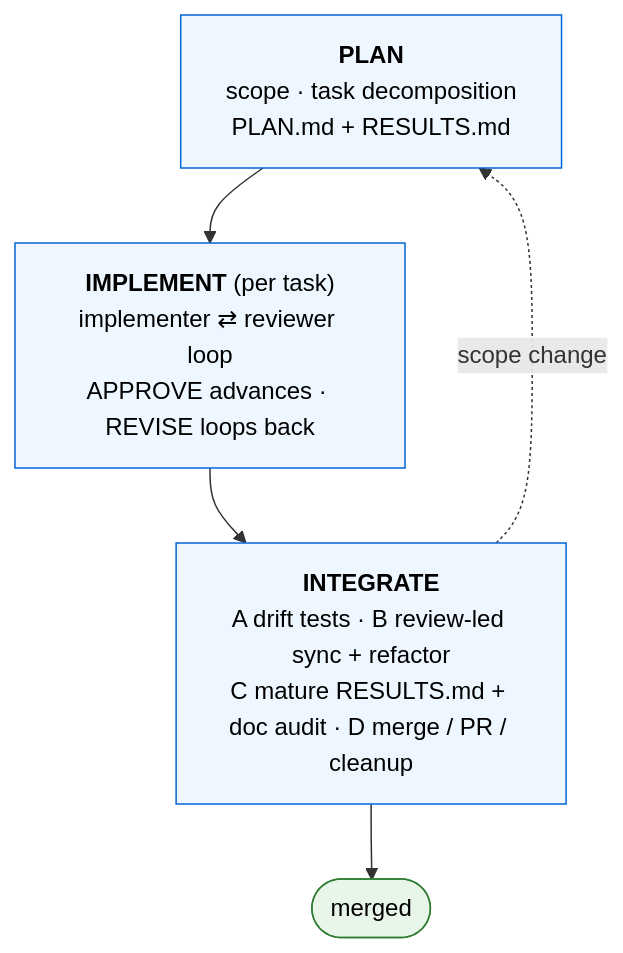
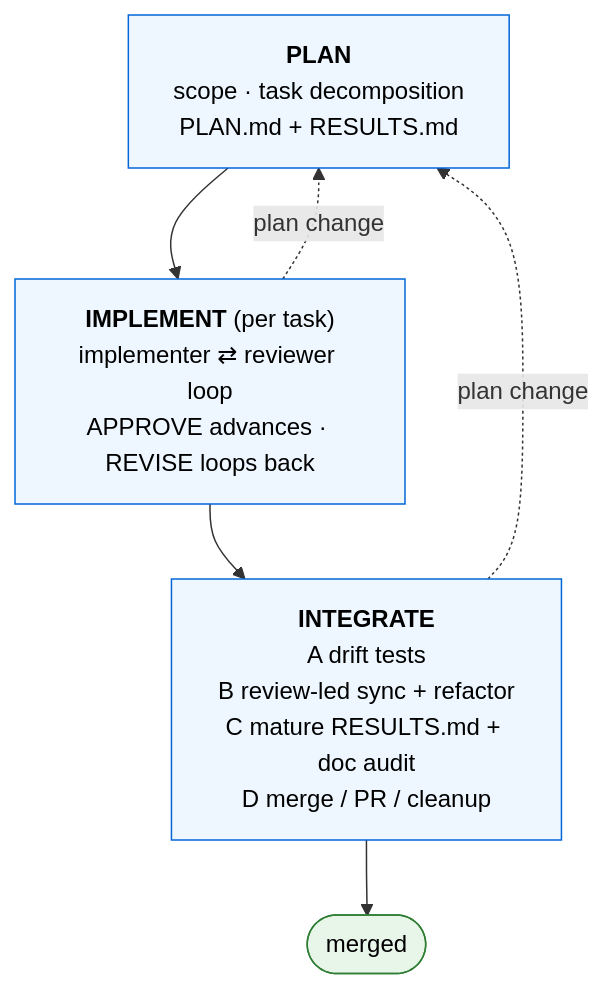
The diagram in README.md (FuZhiyu/superRA), drawn with Mermaid before and after one commit.

Commit message:
docs(readme): finalize workflow diagram per user spec
User provided the canonical diagram: both IMPLEMENT->PLAN and
INTEGRATE->PLAN back-arrows with 'plan change' label, INTEGRATE
A-D phases on separate lines.

````diff
--- a/README.md
+++ b/README.md
@@ -28,18 +28,19 @@
 ```mermaid
 flowchart TB
     PLAN["<b>PLAN</b><br/>scope · task decomposition<br/>PLAN.md + RESULTS.md"]
     IMPLEMENT["<b>IMPLEMENT</b> (per task)<br/>implementer ⇄ reviewer loop<br/>APPROVE advances · REVISE loops back"]
-    INTEGRATE["<b>INTEGRATE</b><br/>A drift tests · B review-led sync + refactor<br/>C mature RESULTS.md + doc audit · D merge / PR / cleanup"]
+    INTEGRATE["<b>INTEGRATE</b><br/>A drift tests<br/>B review-led sync + refactor<br/>C mature RESULTS.md + doc audit<br/>D merge / PR / cleanup"]
     MERGED(["merged"])
 
     PLAN --> IMPLEMENT
     IMPLEMENT --> INTEGRATE
     INTEGRATE --> MERGED
 
-    INTEGRATE -. "scope change" .-> PLAN
+    IMPLEMENT -. "plan change" .-> PLAN
+    INTEGRATE -. "plan change" .-> PLAN
 
     classDef phase fill:#eef7ff,stroke:#0366d6,color:#000
     classDef terminal fill:#e8f5e9,stroke:#2e7d32,color:#000
     class PLAN,IMPLEMENT,INTEGRATE phase
     class MERGED terminal
 ```
````
